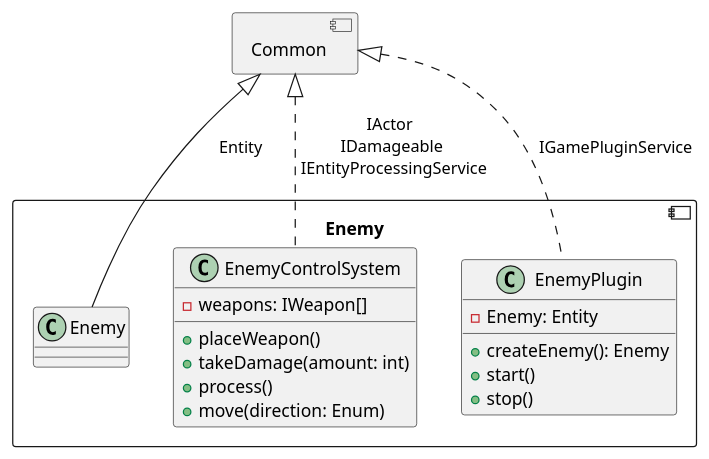
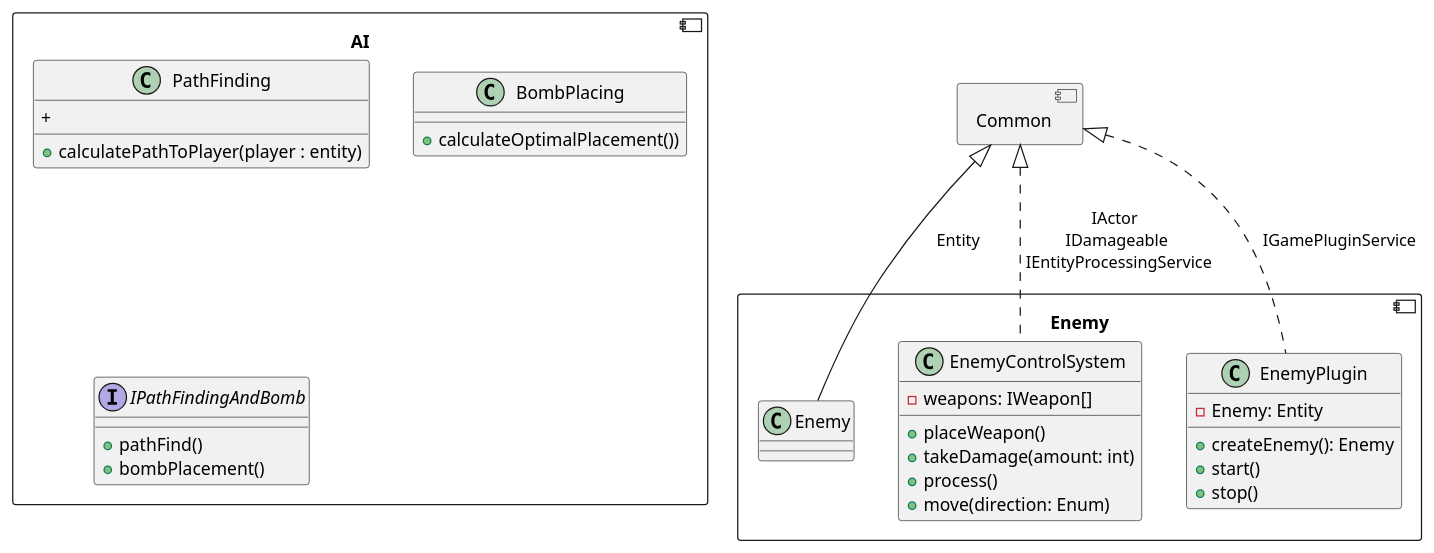
The diagram in Documentation/enemy_design.puml (TidosDK/boom-battle), drawn with PlantUML before and after one commit.

Commit message:
Ai component
Moved AI component to not be a part of the enemy component

```diff
--- a/Documentation/enemy_design.puml
+++ b/Documentation/enemy_design.puml
@@ -1,32 +1,46 @@
 @startuml
 component Common {
 }
 
 component Enemy {
     class Enemy {
     }
 
     class EnemyControlSystem {
     - weapons: IWeapon[]
     + placeWeapon()
     + takeDamage(amount: int)
     + process()
     + move(direction: Enum)
     }
 
     class EnemyPlugin {
     - Enemy: Entity
     + createEnemy(): Enemy
     + start()
     + stop()
     }
 
+
     skinparam SequenceMessageAlign center
     Common <|-- Enemy.Enemy: Entity
     Common <|.. Enemy.EnemyControlSystem: IActor \n IDamageable \n IEntityProcessingService
     Common <|.. Enemy.EnemyPlugin: IGamePluginService
 }
 
+component AI{
+    class PathFinding{
+    + calculatePathToPlayer(player : entity)
+    +
+    }
+    class BombPlacing {
+    + calculateOptimalPlacement())
+    }
+    interface IPathFindingAndBomb{
+    + pathFind()
+    + bombPlacement()
+    }
+}
 
 
 @enduml
```
